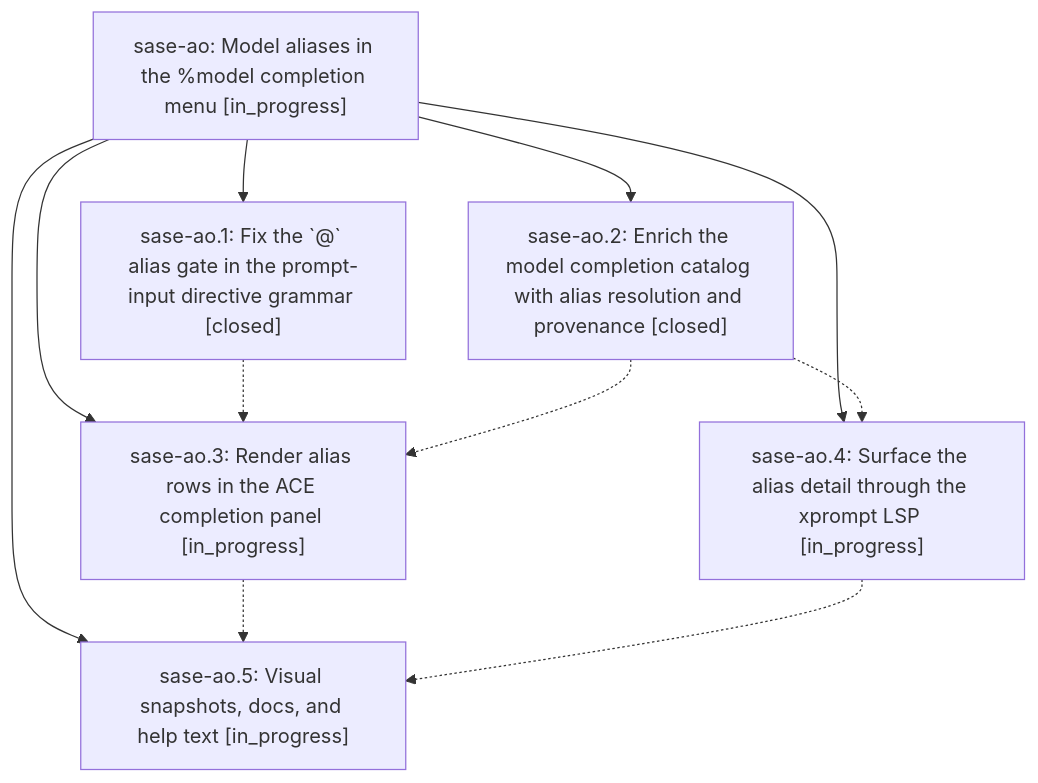
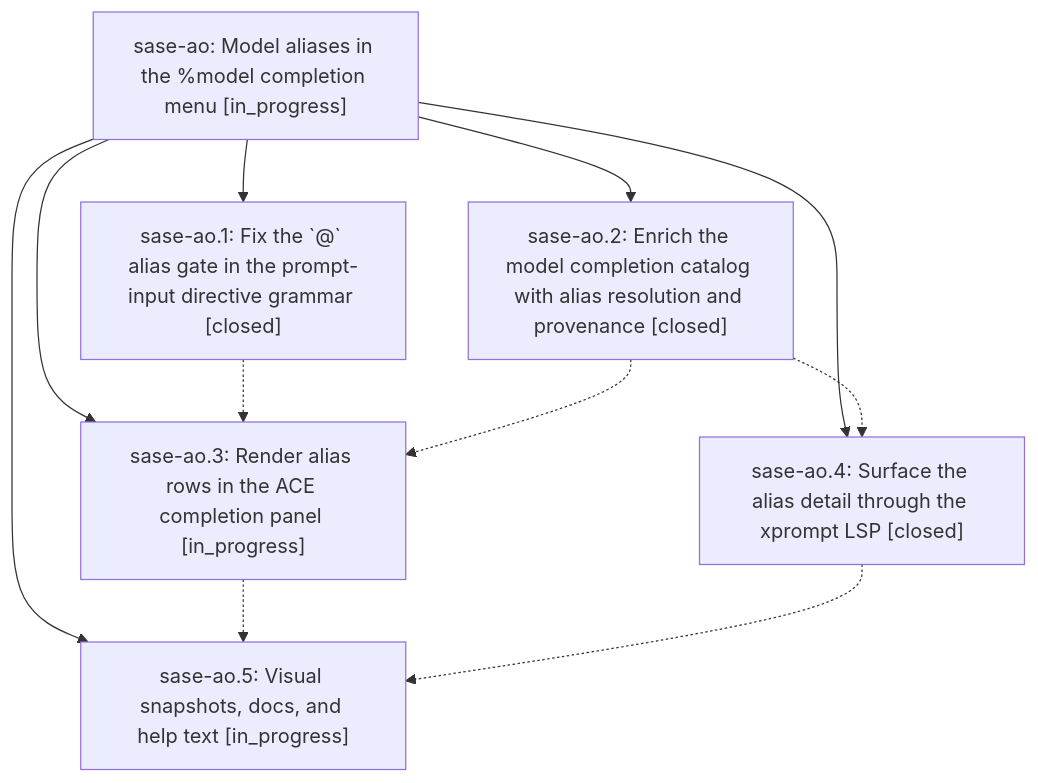
Before and after one commit to sase-org/sase--beads: the diagram in pages/sase-ao/README.md, drawn with Mermaid. The commit also changed other lines of this file and 5 other files, not shown here.

````diff
--- a/pages/sase-ao/README.md
+++ b/pages/sase-ao/README.md
@@ -26,19 +26,19 @@
 ```mermaid
 flowchart TD
     n0["sase-ao: Model aliases in the %model completion menu [in_progress]"]
     n1["sase-ao.1: Fix the `@` alias gate in the prompt-input directive grammar [closed]"]
     n2["sase-ao.2: Enrich the model completion catalog with alias resolution and provenance [closed]"]
     n3["sase-ao.3: Render alias rows in the ACE completion panel [in_progress]"]
-    n4["sase-ao.4: Surface the alias detail through the xprompt LSP [in_progress]"]
+    n4["sase-ao.4: Surface the alias detail through the xprompt LSP [closed]"]
     n5["sase-ao.5: Visual snapshots, docs, and help text [in_progress]"]
     n0 --> n1
     n0 --> n2
     n0 --> n3
     n0 --> n4
     n0 --> n5
     n1 -.-> n3
     n2 -.-> n3
     n2 -.-> n4
     n3 -.-> n5
     n4 -.-> n5
 ```
````
